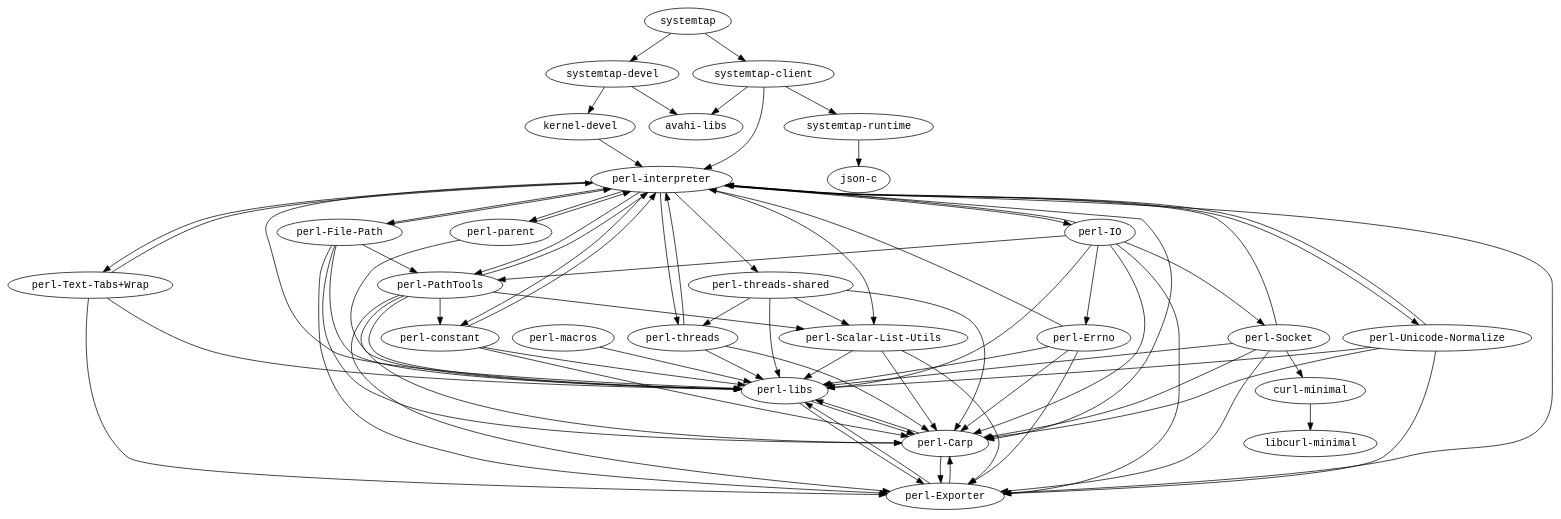
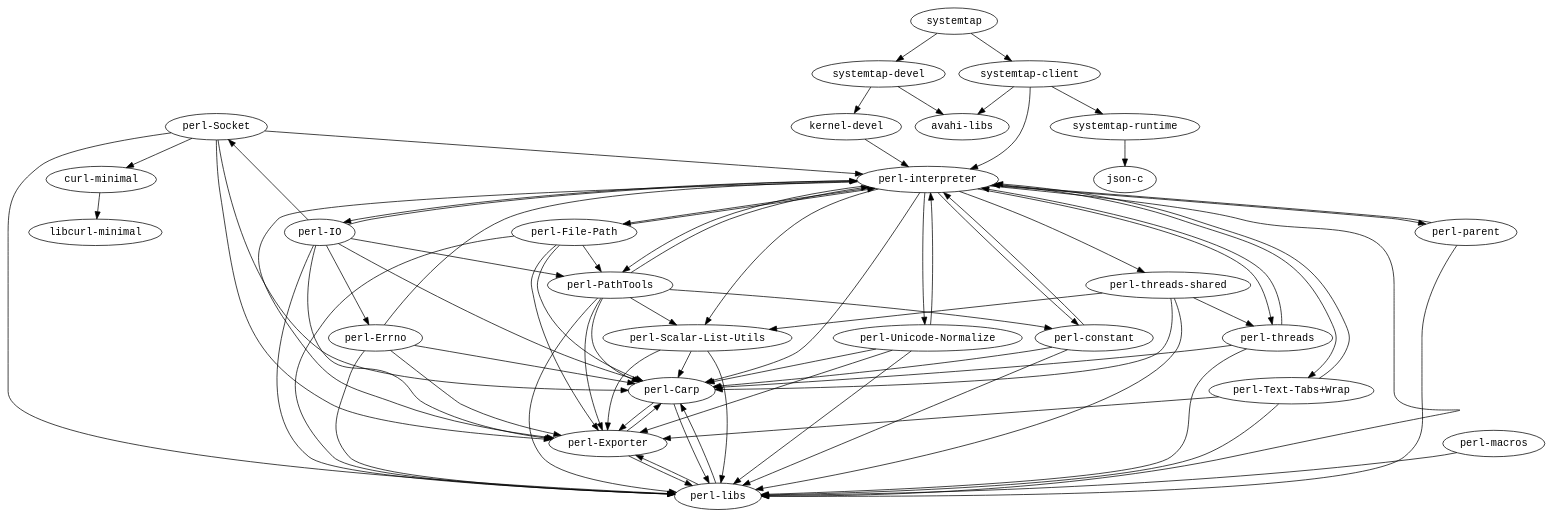
The diagram in modules/systemtap/ppc64le/graph.dot (fedora-modularity/dependency-report), drawn with Graphviz before and after one commit. The commit also changed 189 other files, not shown here.

Commit message:
polish the graph output

```diff
--- a/modules/systemtap/ppc64le/graph.dot
+++ b/modules/systemtap/ppc64le/graph.dot
@@ -1,161 +1,82 @@
 strict digraph G {
 node [fontname=monospace];
-  "systemtap" -> "systemtap-devel";
-  "systemtap" -> "systemtap-client";
-  "systemtap-client" -> "perl-interpreter";
-  "systemtap-client" -> "avahi-libs";
-  "systemtap-client" -> "avahi-libs";
-  "systemtap-client" -> "systemtap-runtime";
-  "systemtap-devel" -> "avahi-libs";
-  "systemtap-devel" -> "avahi-libs";
-  "systemtap-devel" -> "kernel-devel";
-  "perl-interpreter" -> "perl-libs";
-  "perl-interpreter" -> "perl-libs";
-  "perl-interpreter" -> "perl-libs";
-  "perl-interpreter" -> "perl-Carp";
-  "perl-interpreter" -> "perl-Exporter";
-  "perl-interpreter" -> "perl-constant";
-  "perl-interpreter" -> "perl-libs";
-  "perl-interpreter" -> "perl-PathTools";
-  "perl-interpreter" -> "perl-PathTools";
-  "perl-interpreter" -> "perl-File-Path";
-  "perl-interpreter" -> "perl-libs";
-  "perl-interpreter" -> "perl-IO";
-  "perl-interpreter" -> "perl-parent";
-  "perl-interpreter" -> "perl-libs";
-  "perl-interpreter" -> "perl-PathTools";
-  "perl-interpreter" -> "perl-libs";
-  "perl-interpreter" -> "perl-Text-Tabs+Wrap";
-  "perl-interpreter" -> "perl-libs";
-  "perl-interpreter" -> "perl-threads";
-  "perl-interpreter" -> "perl-threads-shared";
-  "perl-interpreter" -> "perl-Text-Tabs+Wrap";
-  "perl-interpreter" -> "perl-Unicode-Normalize";
-  "perl-interpreter" -> "perl-libs";
-  "perl-interpreter" -> "perl-libs";
-  "perl-interpreter" -> "perl-libs";
-  "perl-interpreter" -> "perl-libs";
-  "perl-interpreter" -> "perl-libs";
-  "perl-interpreter" -> "perl-libs";
-  "perl-interpreter" -> "perl-libs";
-  "perl-interpreter" -> "perl-libs";
-  "perl-interpreter" -> "perl-Scalar-List-Utils";
-  "perl-interpreter" -> "perl-libs";
-  "perl-interpreter" -> "perl-libs";
-  "perl-interpreter" -> "perl-libs";
-  "perl-interpreter" -> "perl-libs";
-  "perl-interpreter" -> "perl-libs";
-  "systemtap-runtime" -> "json-c";
+  "curl-minimal" -> "libcurl-minimal";
   "kernel-devel" -> "perl-interpreter";
+  "perl-Carp" -> "perl-Exporter";
   "perl-Carp" -> "perl-libs";
-  "perl-Carp" -> "perl-libs";
-  "perl-Carp" -> "perl-libs";
-  "perl-Carp" -> "perl-Exporter";
+  "perl-constant" -> "perl-Carp";
+  "perl-constant" -> "perl-interpreter";
+  "perl-constant" -> "perl-libs";
+  "perl-Errno" -> "perl-Carp";
+  "perl-Errno" -> "perl-Exporter";
+  "perl-Errno" -> "perl-interpreter";
+  "perl-Errno" -> "perl-libs";
+  "perl-Exporter" -> "perl-Carp";
   "perl-Exporter" -> "perl-libs";
-  "perl-Exporter" -> "perl-libs";
-  "perl-Exporter" -> "perl-libs";
-  "perl-Exporter" -> "perl-libs";
-  "perl-Exporter" -> "perl-Carp";
-  "perl-File-Path" -> "perl-libs";
-  "perl-File-Path" -> "perl-libs";
   "perl-File-Path" -> "perl-Carp";
   "perl-File-Path" -> "perl-Exporter";
   "perl-File-Path" -> "perl-interpreter";
+  "perl-File-Path" -> "perl-libs";
   "perl-File-Path" -> "perl-PathTools";
-  "perl-File-Path" -> "perl-interpreter";
-  "perl-File-Path" -> "perl-PathTools";
-  "perl-File-Path" -> "perl-libs";
-  "perl-IO" -> "perl-libs";
-  "perl-IO" -> "perl-libs";
-  "perl-IO" -> "perl-libs";
+  "perl-interpreter" -> "perl-Carp";
+  "perl-interpreter" -> "perl-constant";
+  "perl-interpreter" -> "perl-Exporter";
+  "perl-interpreter" -> "perl-File-Path";
+  "perl-interpreter" -> "perl-IO";
+  "perl-interpreter" -> "perl-libs";
+  "perl-interpreter" -> "perl-parent";
+  "perl-interpreter" -> "perl-PathTools";
+  "perl-interpreter" -> "perl-Scalar-List-Utils";
+  "perl-interpreter" -> "perl-Text-Tabs+Wrap";
+  "perl-interpreter" -> "perl-threads";
+  "perl-interpreter" -> "perl-threads-shared";
+  "perl-interpreter" -> "perl-Unicode-Normalize";
   "perl-IO" -> "perl-Carp";
+  "perl-IO" -> "perl-Errno";
   "perl-IO" -> "perl-Exporter";
   "perl-IO" -> "perl-interpreter";
   "perl-IO" -> "perl-libs";
   "perl-IO" -> "perl-PathTools";
-  "perl-IO" -> "perl-interpreter";
-  "perl-IO" -> "perl-libs";
-  "perl-IO" -> "perl-interpreter";
-  "perl-IO" -> "perl-Errno";
-  "perl-IO" -> "perl-interpreter";
-  "perl-IO" -> "perl-interpreter";
-  "perl-IO" -> "perl-interpreter";
-  "perl-IO" -> "perl-interpreter";
-  "perl-IO" -> "perl-libs";
   "perl-IO" -> "perl-Socket";
-  "perl-PathTools" -> "perl-libs";
-  "perl-PathTools" -> "perl-libs";
+  "perl-libs" -> "perl-Carp";
+  "perl-libs" -> "perl-Exporter";
+  "perl-macros" -> "perl-libs";
+  "perl-parent" -> "perl-interpreter";
+  "perl-parent" -> "perl-libs";
   "perl-PathTools" -> "perl-Carp";
+  "perl-PathTools" -> "perl-constant";
   "perl-PathTools" -> "perl-Exporter";
   "perl-PathTools" -> "perl-interpreter";
-  "perl-PathTools" -> "perl-constant";
+  "perl-PathTools" -> "perl-libs";
   "perl-PathTools" -> "perl-Scalar-List-Utils";
-  "perl-PathTools" -> "perl-libs";
-  "perl-Scalar-List-Utils" -> "perl-libs";
-  "perl-Scalar-List-Utils" -> "perl-libs";
-  "perl-Scalar-List-Utils" -> "perl-libs";
   "perl-Scalar-List-Utils" -> "perl-Carp";
   "perl-Scalar-List-Utils" -> "perl-Exporter";
   "perl-Scalar-List-Utils" -> "perl-libs";
-  "perl-Scalar-List-Utils" -> "perl-libs";
-  "perl-Text-Tabs+Wrap" -> "perl-libs";
-  "perl-Text-Tabs+Wrap" -> "perl-libs";
+  "perl-Socket" -> "curl-minimal";
+  "perl-Socket" -> "perl-Carp";
+  "perl-Socket" -> "perl-Exporter";
+  "perl-Socket" -> "perl-interpreter";
+  "perl-Socket" -> "perl-libs";
   "perl-Text-Tabs+Wrap" -> "perl-Exporter";
   "perl-Text-Tabs+Wrap" -> "perl-interpreter";
-  "perl-Text-Tabs+Wrap" -> "perl-interpreter";
   "perl-Text-Tabs+Wrap" -> "perl-libs";
-  "perl-Text-Tabs+Wrap" -> "perl-libs";
-  "perl-Unicode-Normalize" -> "perl-libs";
-  "perl-Unicode-Normalize" -> "perl-libs";
-  "perl-Unicode-Normalize" -> "perl-libs";
+  "perl-threads" -> "perl-Carp";
+  "perl-threads" -> "perl-interpreter";
+  "perl-threads" -> "perl-libs";
+  "perl-threads-shared" -> "perl-Carp";
+  "perl-threads-shared" -> "perl-libs";
+  "perl-threads-shared" -> "perl-Scalar-List-Utils";
+  "perl-threads-shared" -> "perl-threads";
   "perl-Unicode-Normalize" -> "perl-Carp";
   "perl-Unicode-Normalize" -> "perl-Exporter";
-  "perl-Unicode-Normalize" -> "perl-libs";
   "perl-Unicode-Normalize" -> "perl-interpreter";
   "perl-Unicode-Normalize" -> "perl-libs";
-  "perl-constant" -> "perl-libs";
-  "perl-constant" -> "perl-libs";
-  "perl-constant" -> "perl-Carp";
-  "perl-constant" -> "perl-interpreter";
-  "perl-constant" -> "perl-libs";
-  "perl-libs" -> "perl-Carp";
-  "perl-libs" -> "perl-Exporter";
-  "perl-macros" -> "perl-libs";
-  "perl-parent" -> "perl-libs";
-  "perl-parent" -> "perl-libs";
-  "perl-parent" -> "perl-interpreter";
-  "perl-threads" -> "perl-libs";
-  "perl-threads" -> "perl-libs";
-  "perl-threads" -> "perl-libs";
-  "perl-threads" -> "perl-Carp";
-  "perl-threads" -> "perl-libs";
-  "perl-threads" -> "perl-interpreter";
-  "perl-threads" -> "perl-interpreter";
-  "perl-threads" -> "perl-libs";
-  "perl-threads" -> "perl-libs";
-  "perl-threads-shared" -> "perl-libs";
-  "perl-threads-shared" -> "perl-libs";
-  "perl-threads-shared" -> "perl-libs";
-  "perl-threads-shared" -> "perl-Carp";
-  "perl-threads-shared" -> "perl-Scalar-List-Utils";
-  "perl-threads-shared" -> "perl-libs";
-  "perl-threads-shared" -> "perl-libs";
-  "perl-threads-shared" -> "perl-libs";
-  "perl-threads-shared" -> "perl-threads";
-  "perl-Errno" -> "perl-libs";
-  "perl-Errno" -> "perl-libs";
-  "perl-Errno" -> "perl-Carp";
-  "perl-Errno" -> "perl-Exporter";
-  "perl-Errno" -> "perl-interpreter";
-  "perl-Errno" -> "perl-libs";
-  "perl-Socket" -> "perl-libs";
-  "perl-Socket" -> "perl-libs";
-  "perl-Socket" -> "perl-Carp";
-  "perl-Socket" -> "perl-Exporter";
-  "perl-Socket" -> "perl-libs";
-  "perl-Socket" -> "perl-libs";
-  "perl-Socket" -> "perl-interpreter";
-  "perl-Socket" -> "curl-minimal";
-  "curl-minimal" -> "libcurl-minimal";
-  "curl-minimal" -> "libcurl-minimal";
+  "systemtap-client" -> "avahi-libs";
+  "systemtap-client" -> "perl-interpreter";
+  "systemtap-client" -> "systemtap-runtime";
+  "systemtap-devel" -> "avahi-libs";
+  "systemtap-devel" -> "kernel-devel";
+  "systemtap-runtime" -> "json-c";
+  "systemtap" -> "systemtap-client";
+  "systemtap" -> "systemtap-devel";
 }
```
